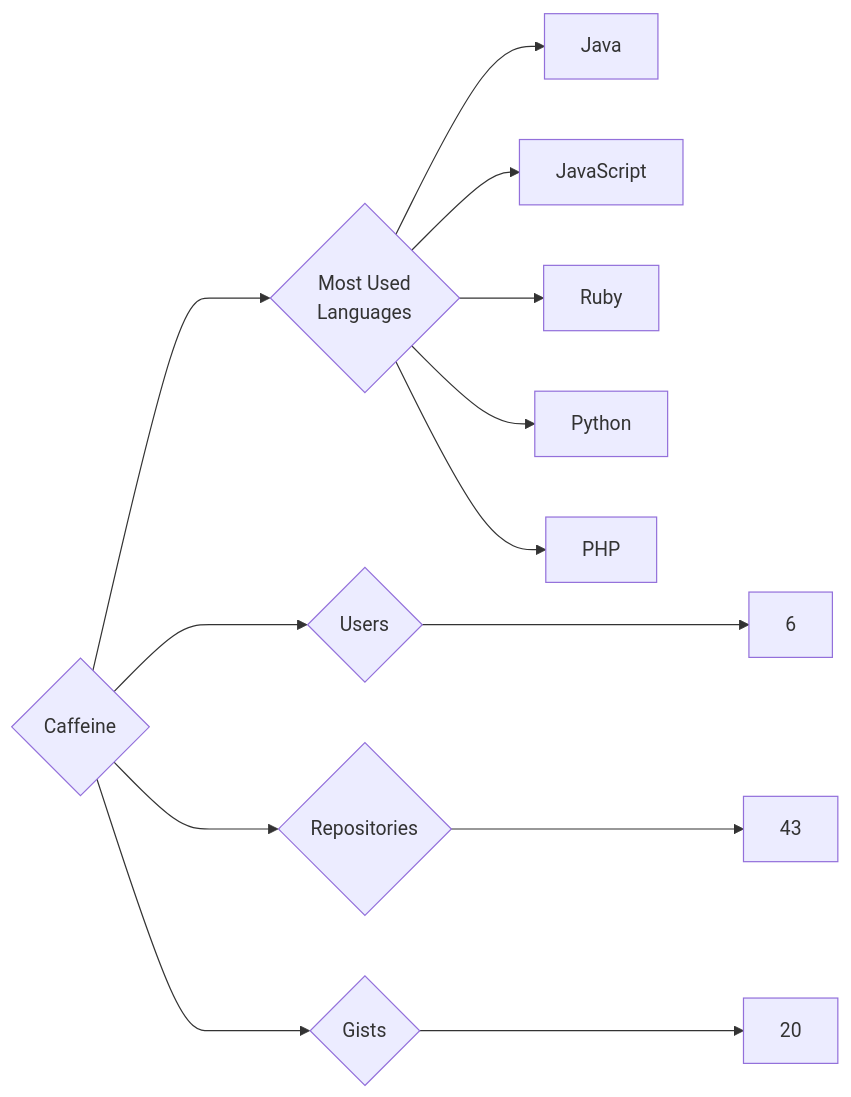
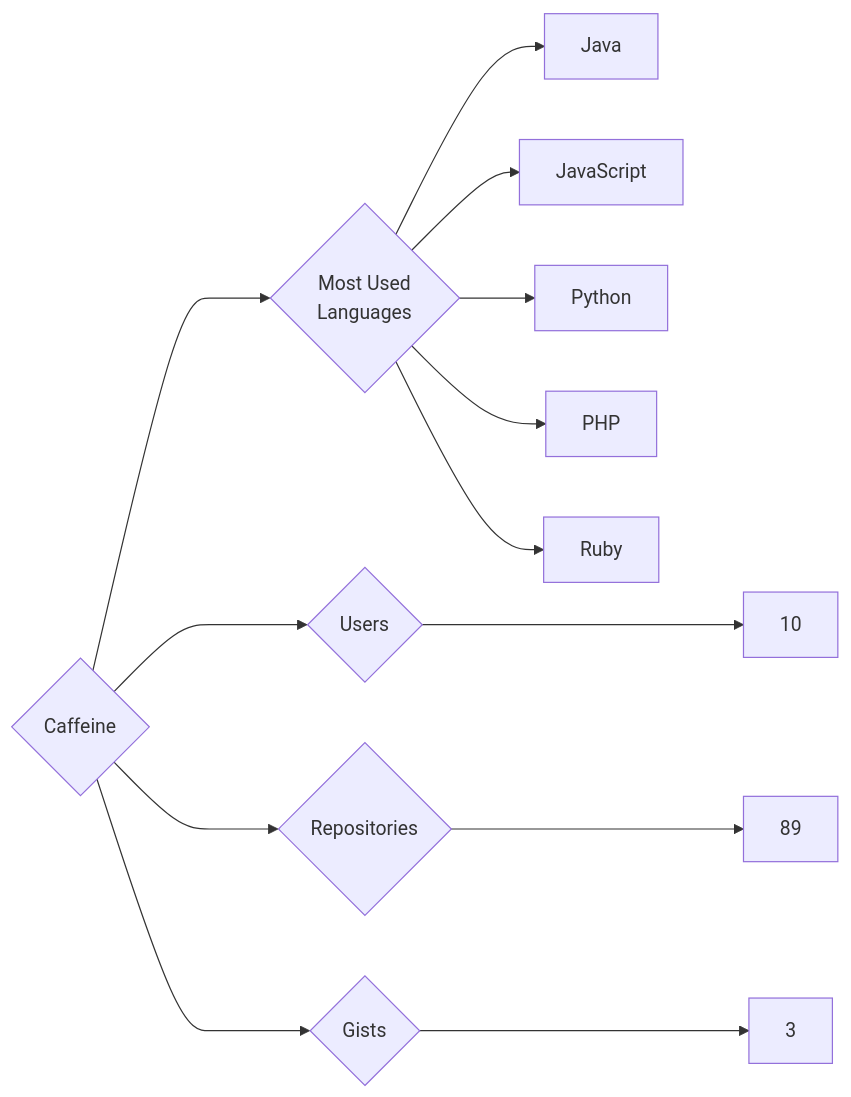
The diagram in targets/Caffeine/README.md (trickest/insiders), drawn with Mermaid before and after one commit. The commit also changed 1212 other files, not shown here.

````diff
--- a/targets/Caffeine/README.md
+++ b/targets/Caffeine/README.md
@@ -3,13 +3,13 @@
 ```mermaid
 graph LR
 COMPANY_NAME{Caffeine}
-COMPANY_NAME ---> U{Users} ---> UN[6]
-COMPANY_NAME ---> R{Repositories} ---> RN[43]
-COMPANY_NAME ---> G{Gists} ---> GN[20]
+COMPANY_NAME ---> U{Users} ---> UN[10]
+COMPANY_NAME ---> R{Repositories} ---> RN[89]
+COMPANY_NAME ---> G{Gists} ---> GN[3]
 COMPANY_NAME ---> ML{Most Used<br>Languages}
 ML --> Java[Java]
 ML --> JavaScript[JavaScript]
-ML --> Ruby[Ruby]
 ML --> Python[Python]
 ML --> PHP[PHP]
+ML --> Ruby[Ruby]
 ```
````
